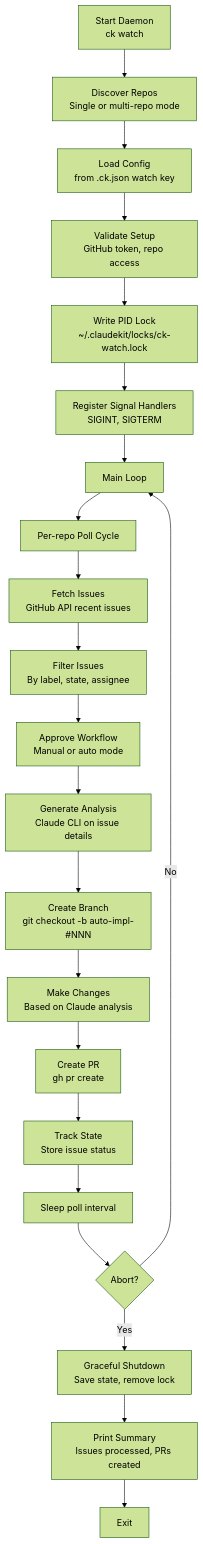
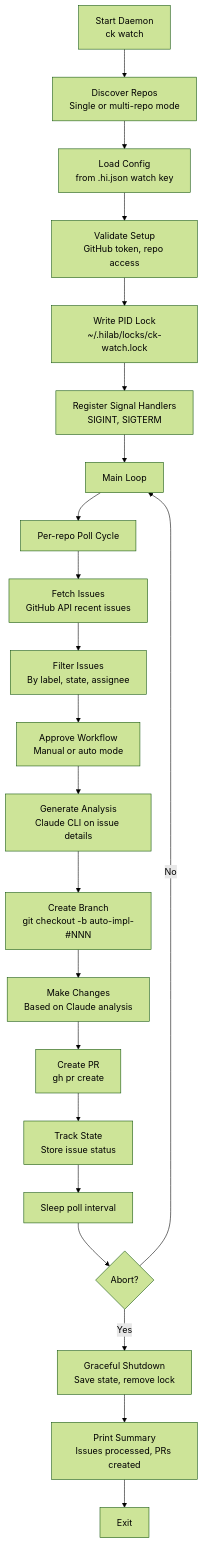
Before and after one commit to kaeljune/hilab-cli: the diagram in docs/ck-watch.md, drawn with Mermaid (forest theme). The commit also changed other lines of this file and 414 other files, not shown here.

First line of the commit message:
refactor: rename ck→hi, claudekit→hilab identifiers

````diff
--- a/docs/ck-watch.md
+++ b/docs/ck-watch.md
@@ -43,24 +43,24 @@
 ```mermaid
 flowchart TD
     A["Start Daemon<br/>ck watch"] --> B["Discover Repos<br/>Single or multi-repo mode"]
-    B --> C["Load Config<br/>from .ck.json watch key"]
+    B --> C["Load Config<br/>from .hi.json watch key"]
     C --> D["Validate Setup<br/>GitHub token, repo access"]
-    D --> E["Write PID Lock<br/>~/.claudekit/locks/ck-watch.lock"]
+    D --> E["Write PID Lock<br/>~/.hilab/locks/ck-watch.lock"]
     E --> F["Register Signal Handlers<br/>SIGINT, SIGTERM"]
     F --> G["Main Loop"]
     G --> H["Per-repo Poll Cycle"]
     H --> I["Fetch Issues<br/>GitHub API recent issues"]
     I --> J["Filter Issues<br/>By label, state, assignee"]
     J --> K["Approve Workflow<br/>Manual or auto mode"]
     K --> L["Generate Analysis<br/>Claude CLI on issue details"]
     L --> M["Create Branch<br/>git checkout -b auto-impl-#NNN"]
     M --> N["Make Changes<br/>Based on Claude analysis"]
     N --> O["Create PR<br/>gh pr create"]
     O --> P["Track State<br/>Store issue status"]
     P --> Q["Sleep poll interval"]
     Q --> R{"Abort?"}
     R -->|No| G
     R -->|Yes| S["Graceful Shutdown<br/>Save state, remove lock"]
     S --> T["Print Summary<br/>Issues processed, PRs created"]
     T --> U["Exit"]
 ```
````
